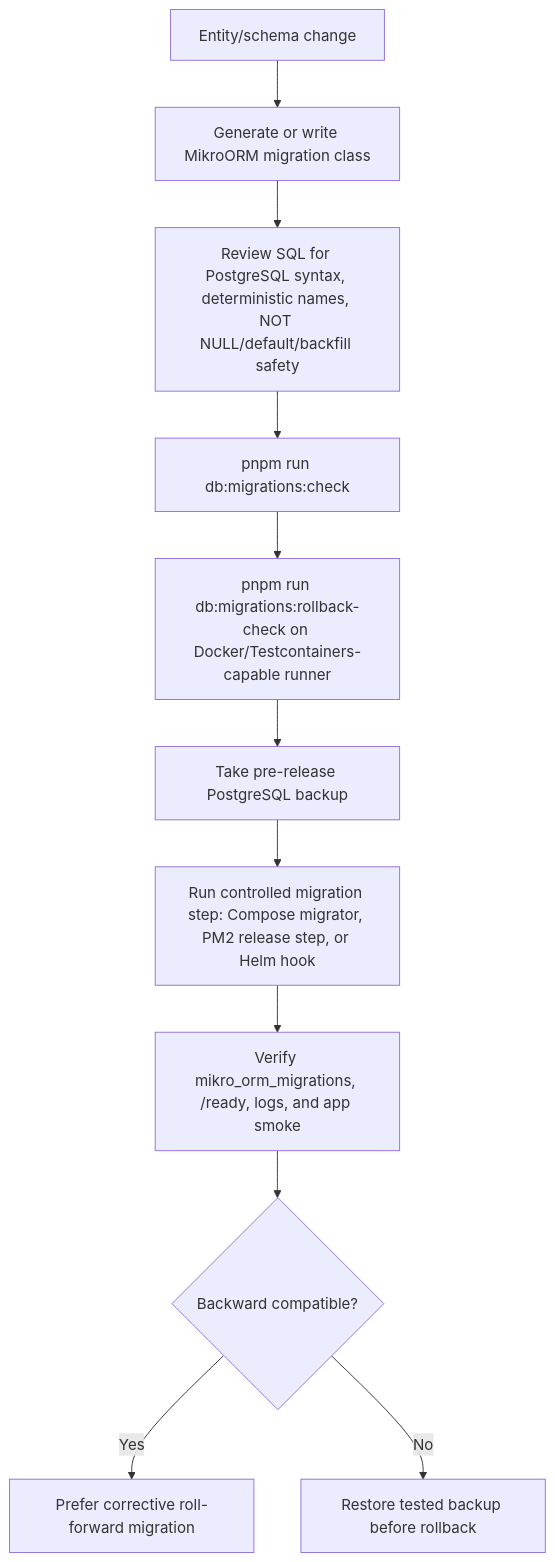
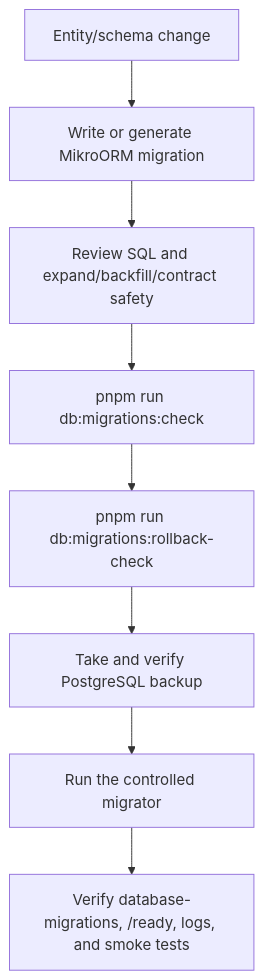
One commit to nmime/dehqonhub changed the diagram in docs/database-migrations.md. Above: the diagram before and after it, drawn with Mermaid. The commit also changed other lines of this file and 726 other files, not shown here.

````diff
--- a/docs/database-migrations.md
+++ b/docs/database-migrations.md
@@ -41,13 +51,10 @@
 ```mermaid
 flowchart TD
-  model[Entity/schema change] --> generate[Generate or write MikroORM migration class]
-  generate --> review[Review SQL for PostgreSQL syntax, deterministic names, NOT NULL/default/backfill safety]
+  model[Entity/schema change] --> migration[Write or generate MikroORM migration]
+  migration --> review[Review SQL and expand/backfill/contract safety]
   review --> check[pnpm run db:migrations:check]
-  check --> rollback[pnpm run db:migrations:rollback-check on Docker/Testcontainers-capable runner]
-  rollback --> backup[Take pre-release PostgreSQL backup]
-  backup --> release[Run controlled migration step: Compose migrator, PM2 release step, or Helm hook]
-  release --> verify[Verify mikro_orm_migrations, /ready, logs, and app smoke]
-  verify --> decide{Backward compatible?}
-  decide -- Yes --> rollforward[Prefer corrective roll-forward migration]
-  decide -- No --> restore[Restore tested backup before rollback]
+  check --> rollback[pnpm run db:migrations:rollback-check]
+  rollback --> backup[Take and verify PostgreSQL backup]
+  backup --> release[Run the controlled migrator]
+  release --> ready[Verify database-migrations, /ready, logs, and smoke tests]
 ```
````
